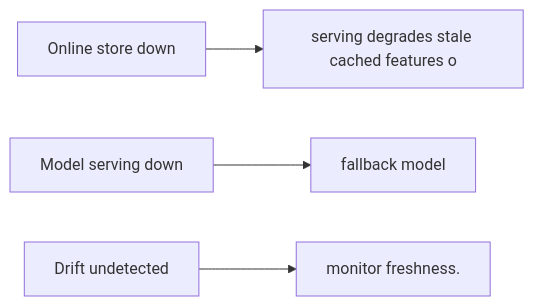
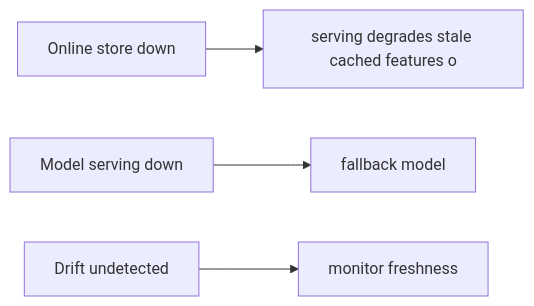
The third of 3 diagrams in case-studies/extreme/feature-store-model-serving.md (RIT-MESH/system-design-mastery), drawn with Mermaid before and after one commit. The commit also changed other lines of this file and 215 other files, not shown here.

First line of the commit message:
Complete all remaining work: expand case studies, add 13 AI case studies, fix diagrams, status to Complete

````diff
--- a/case-studies/extreme/feature-store-model-serving.md
+++ b/case-studies/extreme/feature-store-model-serving.md
@@ -32,13 +38,13 @@
 ```mermaid
 %% created-for: system-design-mastery
 flowchart LR
   C1["Online store down"]
   R2["serving degrades stale cached features o"]
   C1 --> R2
   C3["Model serving down"]
   R4["fallback model"]
   C3 --> R4
   C5["Drift undetected"]
-  R6["monitor freshness."]
+  R6["monitor freshness"]
   C5 --> R6
 ```
````
